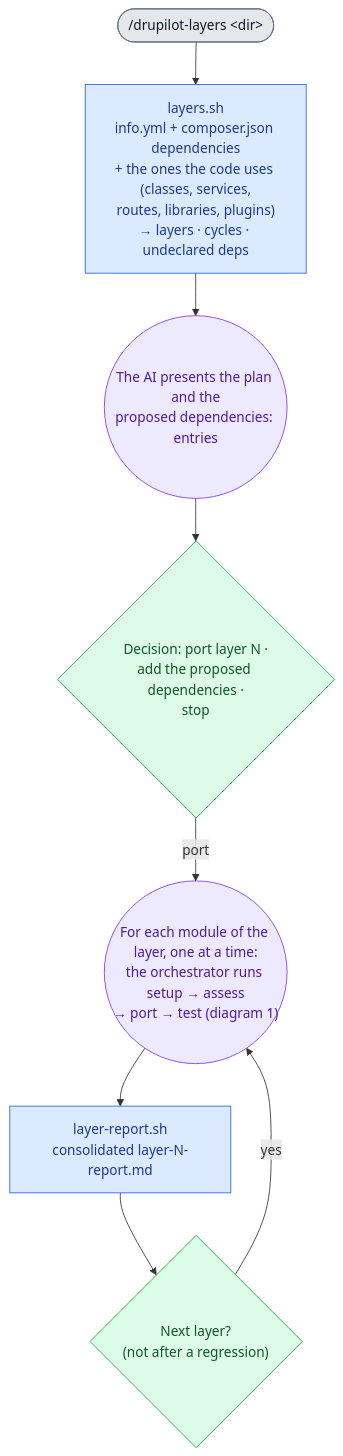
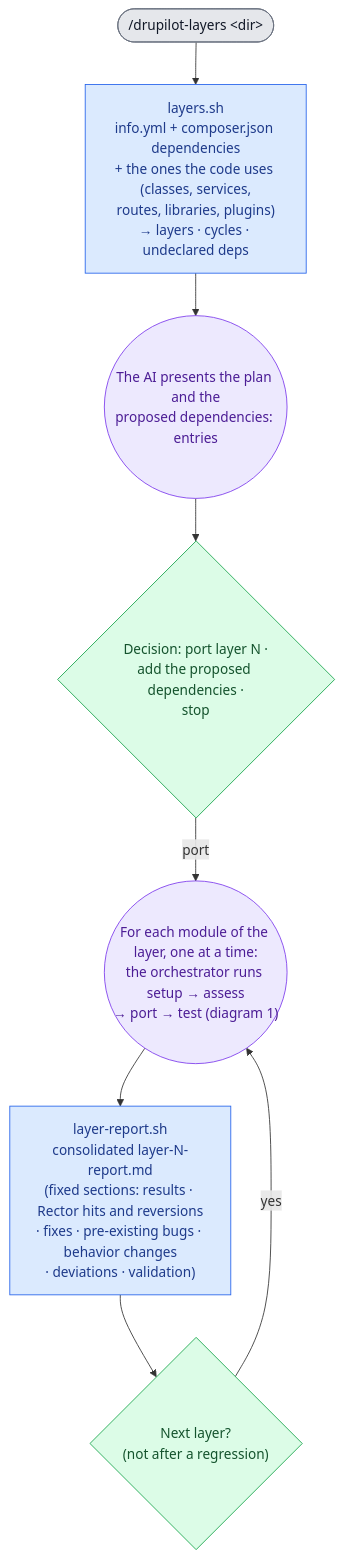
The fifth of 5 diagrams in FLOW.md (thebrokenbrain/drupilot), drawn with Mermaid before and after one commit. The commit also changed other lines of this file and 17 other files, not shown here.

````diff
--- a/FLOW.md
+++ b/FLOW.md
@@ -227,19 +229,19 @@
 ```mermaid
 flowchart TD
     L0(["/drupilot-layers &lt;dir&gt;"]):::result
     LS["layers.sh<br/>info.yml + composer.json dependencies<br/>+ the ones the code uses (classes, services,<br/>routes, libraries, plugins)<br/>→ layers · cycles · undeclared deps"]:::script
     LAI(("The AI presents the plan and the<br/>proposed dependencies: entries")):::ai
     LD{"Decision: port layer N ·<br/>add the proposed dependencies ·<br/>stop"}:::human
     LP(("For each module of the layer, one at a time:<br/>the orchestrator runs setup → assess<br/>→ port → test (diagram 1)")):::ai
-    LR["layer-report.sh<br/>consolidated layer-N-report.md"]:::script
+    LR["layer-report.sh<br/>consolidated layer-N-report.md<br/>(fixed sections: results · Rector hits and reversions<br/>· fixes · pre-existing bugs · behavior changes<br/>· deviations · validation)"]:::script
     LN{"Next layer?<br/>(not after a regression)"}:::human
 
     L0 --> LS --> LAI --> LD
     LD -->|port| LP --> LR --> LN
     LN -->|yes| LP
 
     classDef script fill:#dbeafe,stroke:#2563eb,color:#1e3a8a;
     classDef ai fill:#ede9fe,stroke:#7c3aed,color:#4c1d95;
     classDef human fill:#dcfce7,stroke:#16a34a,color:#14532d;
     classDef result fill:#e5e7eb,stroke:#6b7280,color:#111827;
 ```
````
